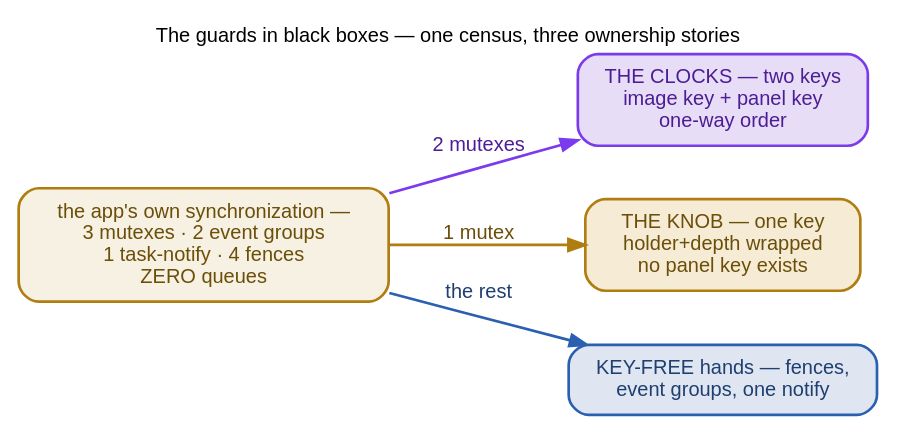
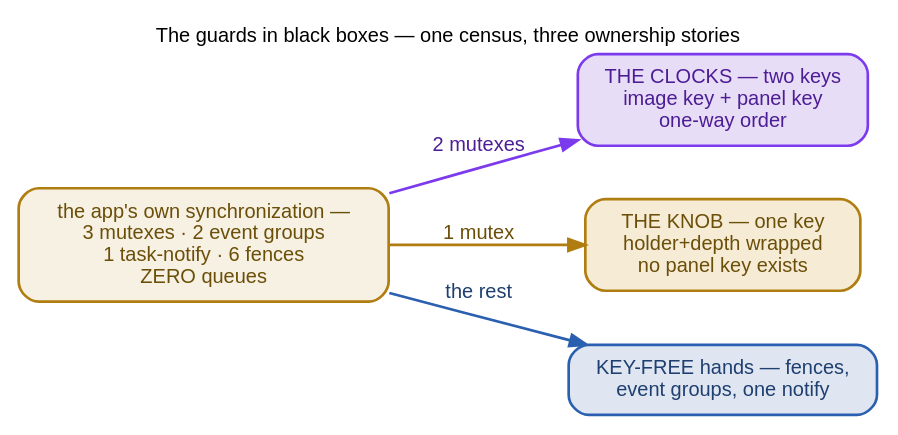
Before and after one commit to ukos-git/moon-clock-esp: the diagram in docs/_graphs/guards.dot, drawn with Graphviz. The commit also changed 38 other files, not shown here.

```diff
--- a/docs/_graphs/guards.dot
+++ b/docs/_graphs/guards.dot
@@ -1,39 +1,39 @@
 // The guards as a BLACK-BOX OVERVIEW: the synchronization census at
 // the head, three sealed boxes below — the clocks' two keys, the knob's
 // single wrapped key, and the key-free band. No take sites, no
 // timeouts, no holder lists on this figure: the boxes open into their
 // own detail sketches (guards-keys.dot, guards-knob.dot,
 // guards-flags.dot on this page). The census line is exactly what
 // docs/tools/gen_perf_locks.py re-asserts at figure time (SystemExit
 // on any drift): 3 mutex creations, 2 event groups, 1 task-notify
-// pair, 4 SEQ_CST fences, ZERO xQueueCreate in app code. FONTS: 12 pt
+// pair, 6 SEQ_CST fences, ZERO xQueueCreate in app code. FONTS: 12 pt
 // everywhere = the page's 16 px body text at 1:1, kept inside the
 // content column so object{max-width:100%} never scales it down.
 // Rendered inline as SVG by sphinx.ext.graphviz (dot on PATH).
 digraph guards {
     rankdir=LR;
     label="The guards in black boxes — one census, three ownership stories";
     labelloc="t"; labeljust="c";
     fontname="Helvetica"; fontsize=12;
     graph [nodesep=0.45, ranksep=0.6];
     node [fontname="Helvetica", fontsize=12, shape=box, style="rounded,filled",
           width=0, height=0, margin="0.18,0.11", fillcolor="#f2f2ef",
           color="#525252", penwidth=1.2];
     edge [fontname="Helvetica", fontsize=12, color="#8a8a8a", penwidth=1.3];
 
-    census [label="the app's own synchronization —\n3 mutexes · 2 event groups\n1 task-notify · 4 fences\nZERO queues",
+    census [label="the app's own synchronization —\n3 mutexes · 2 event groups\n1 task-notify · 6 fences\nZERO queues",
             fillcolor="#f6f1e2", color="#b07d10", fontcolor="#6b4e08", penwidth=1.6];
     clocks [label="THE CLOCKS — two keys\nimage key + panel key\none-way order",
             fillcolor="#e8ddf6", color="#7c3aed", fontcolor="#4c1d95", penwidth=1.6];
     knob [label="THE KNOB — one key\nholder+depth wrapped\nno panel key exists",
           fillcolor="#f6ecd6", color="#b07d10", fontcolor="#6b4e08", penwidth=1.6];
     nokeys [label="KEY-FREE hands — fences,\nevent groups, one notify",
             fillcolor="#dfe6f1", color="#2b5fb0", fontcolor="#1e3f70", penwidth=1.6];
 
     census -> clocks [color="#7c3aed", penwidth=1.6, fontcolor="#4c1d95",
                       label="2 mutexes"];
     census -> knob [color="#b07d10", penwidth=1.6, fontcolor="#6b4e08",
                     label="1 mutex"];
     census -> nokeys [color="#2b5fb0", penwidth=1.6, fontcolor="#1e3f70",
                       label="the rest"];
 }
```
